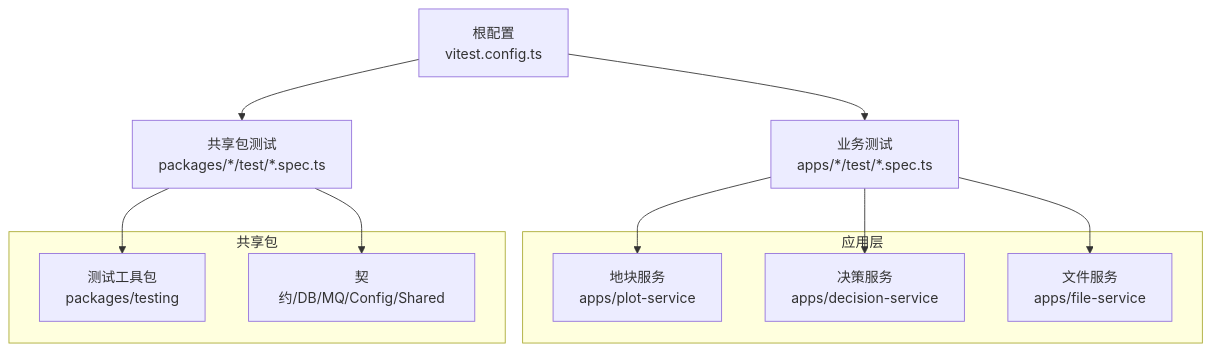
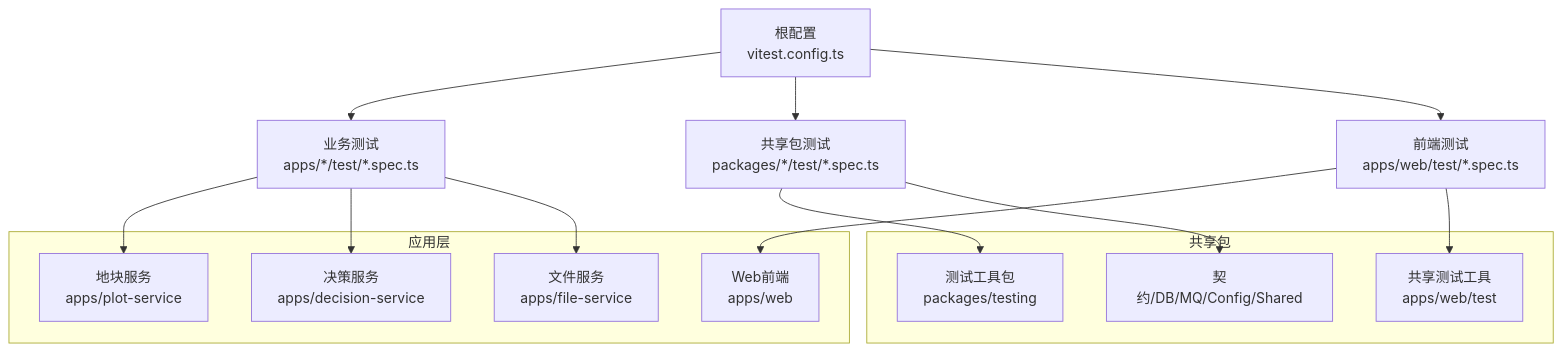
The first of 5 diagrams in .qoder/repowiki/zh/content/测试策略/单元测试.md (q446328246/agri-platform), drawn with Mermaid before and after one commit. The commit also changed other lines of this file and 47 other files, not shown here.

````diff
--- a/.qoder/repowiki/zh/content/测试策略/单元测试.md
+++ b/.qoder/repowiki/zh/content/测试策略/单元测试.md
@@ -39,19 +54,24 @@
 ```mermaid
 graph TB
 A["根配置<br/>vitest.config.ts"] --> B["业务测试<br/>apps/*/test/*.spec.ts"]
 A --> C["共享包测试<br/>packages/*/test/*.spec.ts"]
+A --> D["前端测试<br/>apps/web/test/*.spec.ts"]
 subgraph "应用层"
-D["地块服务<br/>apps/plot-service"]
-E["决策服务<br/>apps/decision-service"]
-F["文件服务<br/>apps/file-service"]
+E["地块服务<br/>apps/plot-service"]
+F["决策服务<br/>apps/decision-service"]
+G["文件服务<br/>apps/file-service"]
+H["Web前端<br/>apps/web"]
 end
 subgraph "共享包"
-G["测试工具包<br/>packages/testing"]
-H["契约/DB/MQ/Config/Shared"]
+I["测试工具包<br/>packages/testing"]
+J["契约/DB/MQ/Config/Shared"]
+K["共享测试工具<br/>apps/web/test"]
 end
-B --> D
 B --> E
 B --> F
-C --> G
-C --> H
+B --> G
+C --> I
+C --> J
+D --> H
+D --> K
 ```
````
